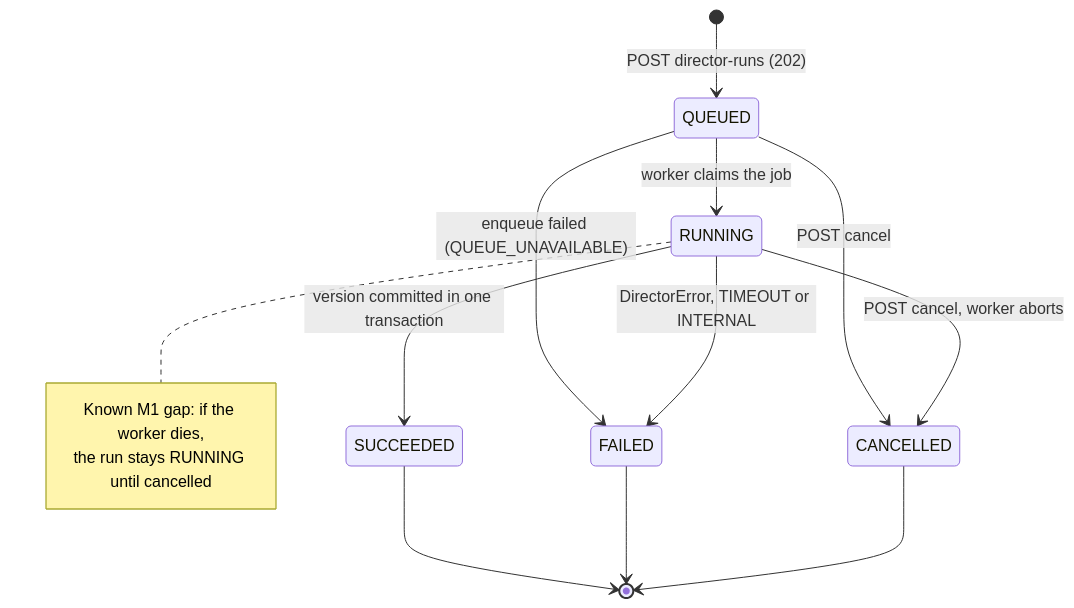
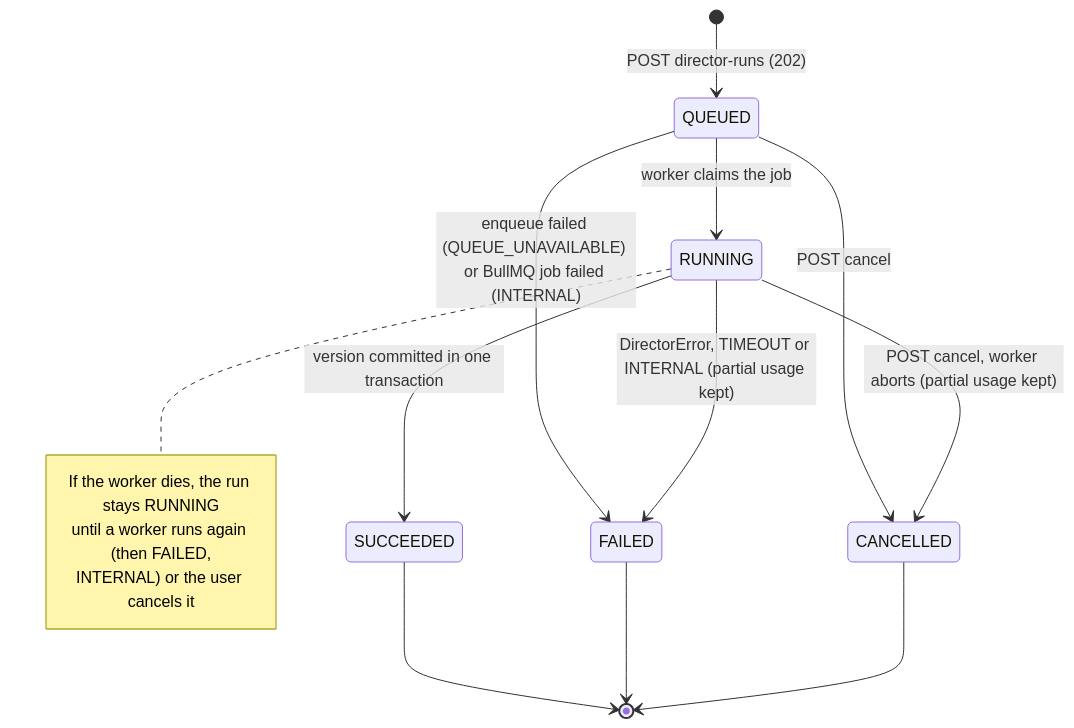
The third of 4 diagrams in docs/DATABASE.md (Gokulraj002/Video-Creation), drawn with Mermaid before and after one commit. The commit also changed other lines of this file and 1 other file, not shown here.

````diff
--- a/docs/DATABASE.md
+++ b/docs/DATABASE.md
@@ -357,18 +387,19 @@
 ```mermaid
 stateDiagram-v2
   [*] --> QUEUED: POST director-runs (202)
   QUEUED --> RUNNING: worker claims the job
   QUEUED --> CANCELLED: POST cancel
-  QUEUED --> FAILED: enqueue failed (QUEUE_UNAVAILABLE)
+  QUEUED --> FAILED: enqueue failed (QUEUE_UNAVAILABLE) or BullMQ job failed (INTERNAL)
   RUNNING --> SUCCEEDED: version committed in one transaction
-  RUNNING --> FAILED: DirectorError, TIMEOUT or INTERNAL
-  RUNNING --> CANCELLED: POST cancel, worker aborts
+  RUNNING --> FAILED: DirectorError, TIMEOUT or INTERNAL (partial usage kept)
+  RUNNING --> CANCELLED: POST cancel, worker aborts (partial usage kept)
   SUCCEEDED --> [*]
   FAILED --> [*]
   CANCELLED --> [*]
 
   note right of RUNNING
-    Known M1 gap: if the worker dies,
-    the run stays RUNNING until cancelled
+    If the worker dies, the run stays RUNNING
+    until a worker runs again (then FAILED,
+    INTERNAL) or the user cancels it
   end note
 ```
````
